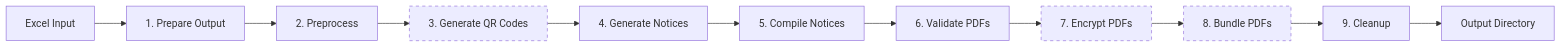
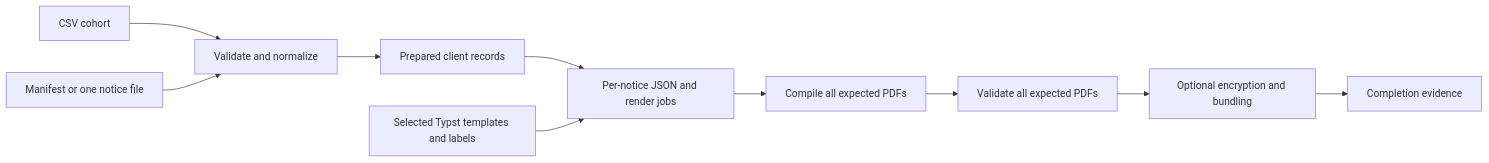
The diagram in docs/reference/architecture.md (WDGPH/ImmuKnow), drawn with Mermaid before and after one commit. The commit also changed other lines of this file and 153 other files, not shown here.

````diff
--- a/docs/reference/architecture.md
+++ b/docs/reference/architecture.md
@@ -11,17 +40,12 @@
 ```mermaid
 flowchart LR
-    A[Excel Input] --> S1[1. Prepare Output]
-    S1 --> S2[2. Preprocess]
-    S2 --> S3[3. Generate QR Codes]
-    S3 --> S4[4. Generate Notices]
-    S4 --> S5[5. Compile Notices]
-    S5 --> S6[6. Validate PDFs]
-    S6 --> S7[7. Encrypt PDFs]
-    S7 --> S8[8. Bundle PDFs]
-    S8 --> S9[9. Cleanup]
-    S9 --> Z[Output Directory]
-
-    style S3 stroke-dasharray: 5 5
-    style S7 stroke-dasharray: 5 5
-    style S8 stroke-dasharray: 5 5
+    A[CSV cohort] --> B[Validate and normalize]
+    M[Manifest or one notice file] --> B
+    B --> C[Prepared client records]
+    C --> D[Per-notice JSON and render jobs]
+    T[Selected Typst templates and labels] --> D
+    D --> E[Compile all expected PDFs]
+    E --> F[Validate all expected PDFs]
+    F --> G[Optional encryption and bundling]
+    G --> H[Completion evidence]
 ```
````
